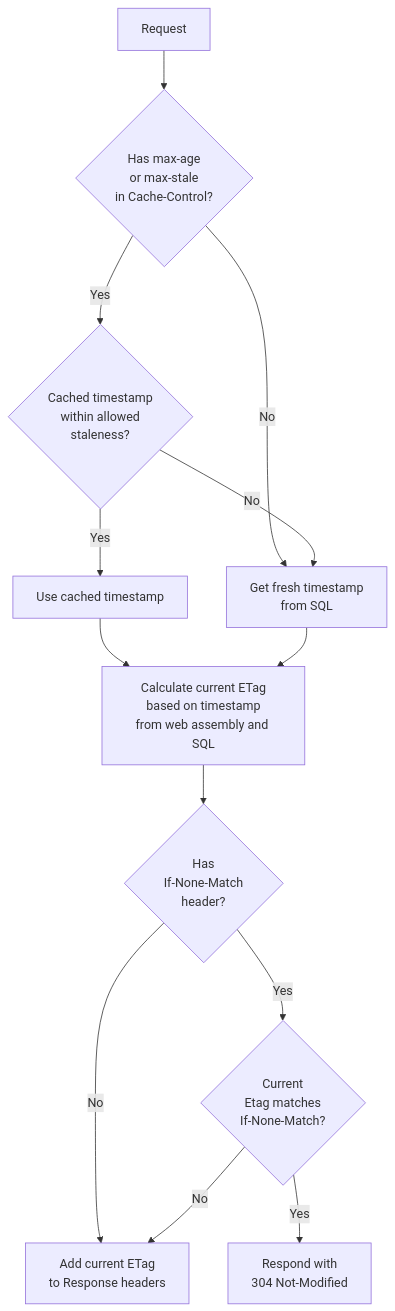
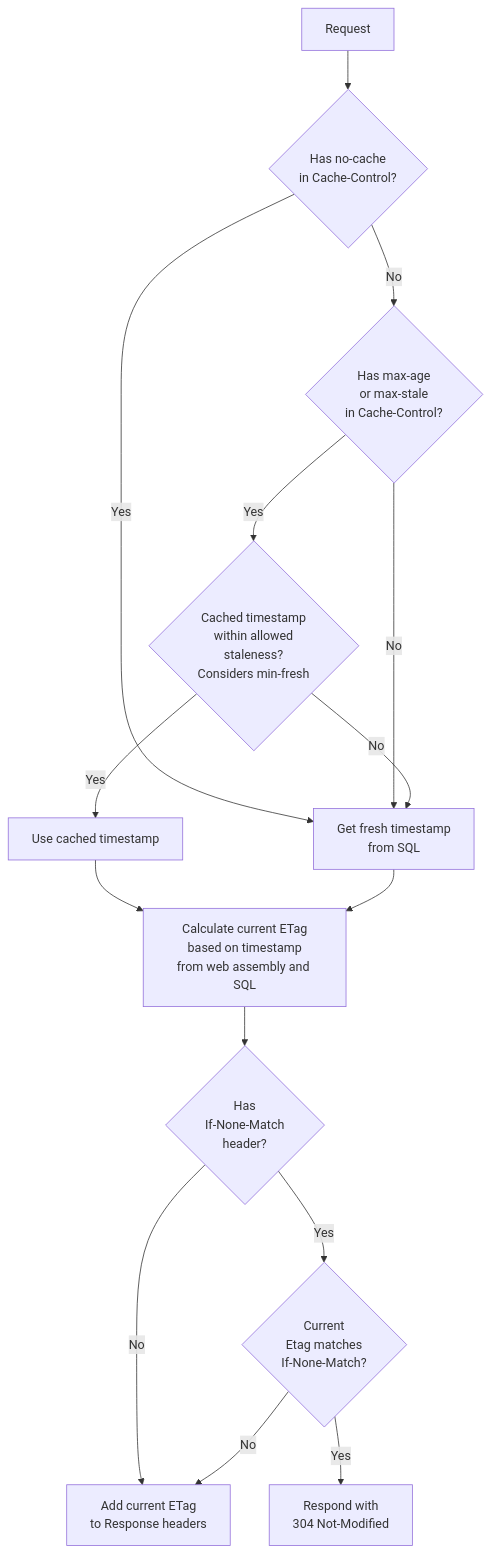
Before and after one commit to SimonCropp/Delta: the diagram in readme.md, drawn with Mermaid. The commit also changed other lines of this file and 2051 other files, not shown here.

First line of the commit message:
Honor cache control directives for timestamp cache (#362)

````diff
--- a/readme.md
+++ b/readme.md
@@ -54,25 +54,28 @@
 ```mermaid
 graph TD
     Request
+    NoCache{Has no-cache<br/>in Cache-Control?}
     HasMaxAge{Has max-age<br/>or max-stale<br/>in Cache-Control?}
-    CacheValid{Cached timestamp<br/>within allowed<br/>staleness?}
+    CacheValid{Cached timestamp<br/>within allowed<br/>staleness?<br/>Considers min-fresh}
     FreshTimestamp[Get fresh timestamp<br/>from SQL]
     UseCached[Use cached timestamp]
     CalculateEtag[Calculate current ETag<br/>based on timestamp<br/>from web assembly and SQL]
     IfNoneMatch{Has<br/>If-None-Match<br/>header?}
     EtagMatch{Current<br/>Etag matches<br/>If-None-Match?}
     AddETag[Add current ETag<br/>to Response headers]
     304[Respond with<br/>304 Not-Modified]
-    Request --> HasMaxAge
+    Request --> NoCache
+    NoCache -->|Yes| FreshTimestamp
+    NoCache -->|No| HasMaxAge
     HasMaxAge -->|Yes| CacheValid
     HasMaxAge -->|No| FreshTimestamp
     CacheValid -->|Yes| UseCached
     CacheValid -->|No| FreshTimestamp
     UseCached --> CalculateEtag
     FreshTimestamp --> CalculateEtag
     CalculateEtag --> IfNoneMatch
     IfNoneMatch -->|Yes| EtagMatch
     IfNoneMatch -->|No| AddETag
     EtagMatch -->|No| AddETag
     EtagMatch -->|Yes| 304
 ```
````
